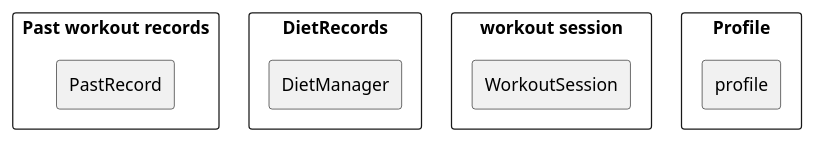
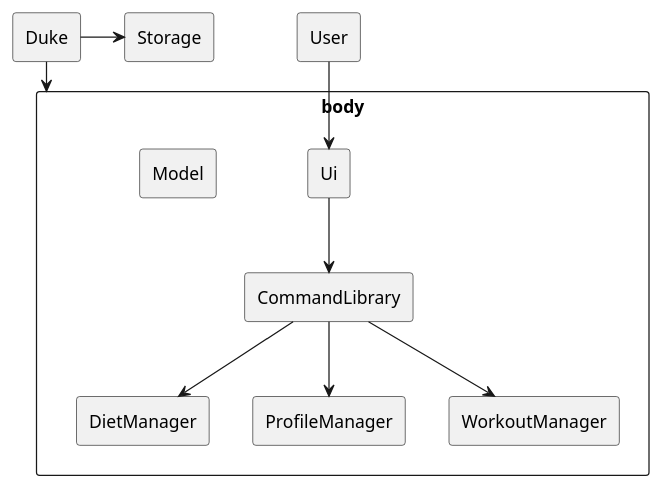
The diagram in docs/pictures/zesong/model.puml (zsk612/tp), drawn with PlantUML before and after one commit. The commit also changed 2 other files, not shown here.

Commit message:
update uml

```diff
--- a/docs/pictures/zesong/model.puml
+++ b/docs/pictures/zesong/model.puml
@@ -1,15 +1,26 @@
 @startuml
+rectangle "User" {
+}
 
-rectangle "Past workout records" {
-rectangle "PastRecord"
+rectangle  "body" {
+rectangle "Ui"
+rectangle "CommandLibrary"
+rectangle "Model"
+rectangle "DietManager"
+rectangle "ProfileManager"
+rectangle "WorkoutManager"
 }
-rectangle "DietRecords" {
-rectangle "DietManager"
+
+Ui --> CommandLibrary
+CommandLibrary -down-> ProfileManager
+CommandLibrary -down-> DietManager
+CommandLibrary -down-> WorkoutManager
+
+rectangle "Storage" {
 }
-rectangle "workout session" {
-rectangle "WorkoutSession"
+rectangle "Duke" {
 }
-rectangle "Profile" {
-rectangle "profile"
-}
+User -down-> Ui
+Duke -> Storage
+Duke -down->  body
 @enduml
```
